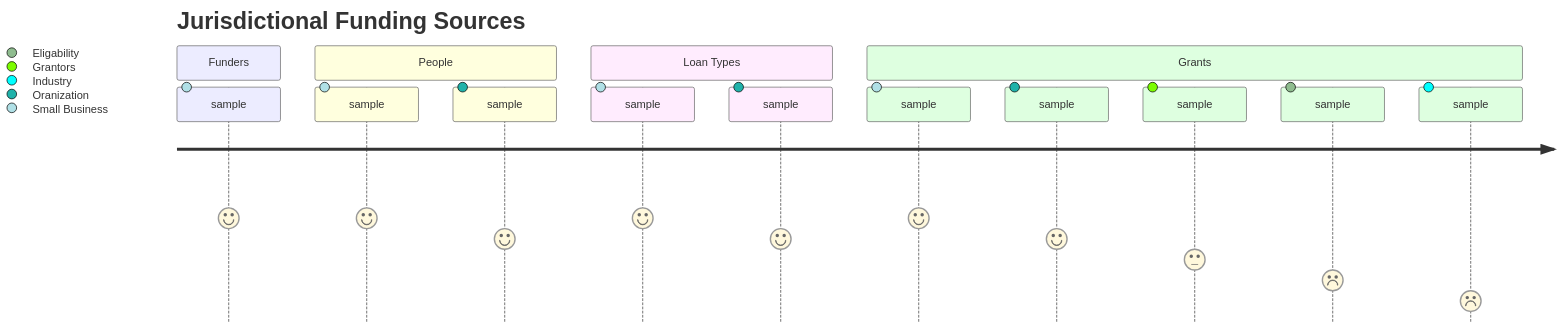
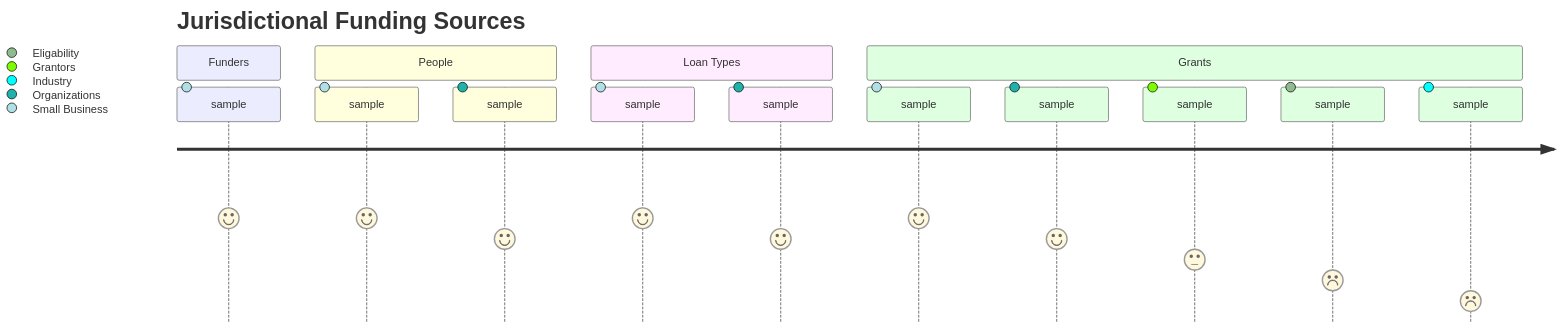
Before and after one commit to aksbdc/nocodb-to-gpt-via-api: the diagram in README.md, drawn with Mermaid.

Commit message:
fix: section sample for journey diagram

````diff
--- a/README.md
+++ b/README.md
@@ -3,18 +3,18 @@
 ```mermaid
 journey
     title Jurisdictional Funding Sources
     section Funders
       sample: 5: Small Business
     section People
       sample: 5: Small Business
-      sample: 4: Oranization
+      sample: 4: Organizations
     section Loan Types
       sample: 5: Small Business
-      sample: 4: Oranization
+      sample: 4: Organizations
     section Grants
       sample: 5: Small Business
-      sample: 4: Oranization
+      sample: 4: Organizations
       sample: 3: Grantors
       sample: 2: Eligability
       sample: 1: Industry
 ```
````
